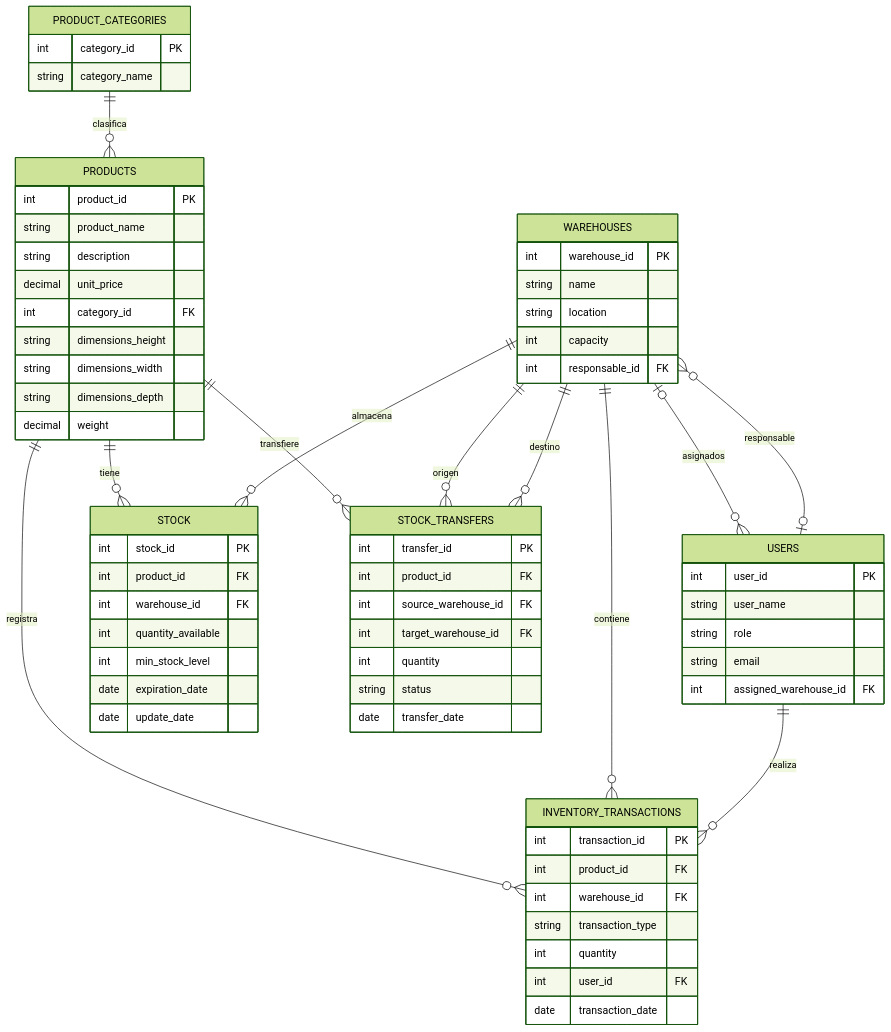
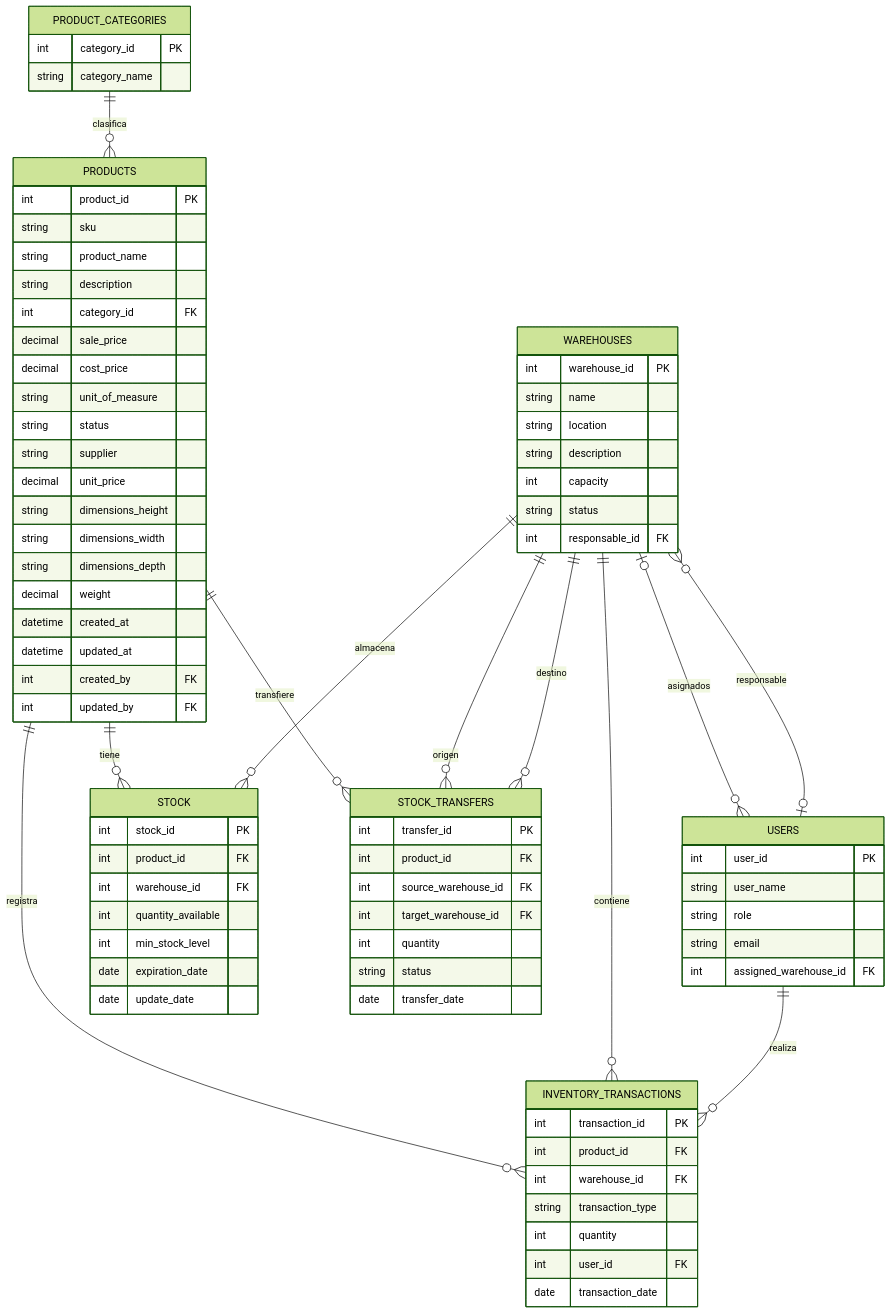
The diagram in specs/002-logistica-inventario/MER.md (MDS-BI/Grupo-19), drawn with Mermaid (forest theme) before and after one commit. The commit also changed other lines of this file and 3 other files, not shown here.

```diff
--- a/specs/002-logistica-inventario/MER.md
+++ b/specs/002-logistica-inventario/MER.md
@@ -14,21 +14,33 @@
 
     PRODUCTS {
         int product_id PK
+        string sku
         string product_name
         string description
+        int category_id FK
+        decimal sale_price
+        decimal cost_price
+        string unit_of_measure
+        string status
+        string supplier
         decimal unit_price
-        int category_id FK
         string dimensions_height
         string dimensions_width
         string dimensions_depth
         decimal weight
+        datetime created_at
+        datetime updated_at
+        int created_by FK
+        int updated_by FK
     }
 
     WAREHOUSES {
         int warehouse_id PK
         string name
         string location
+        string description
         int capacity
+        string status
         int responsable_id FK
     }
 
```
